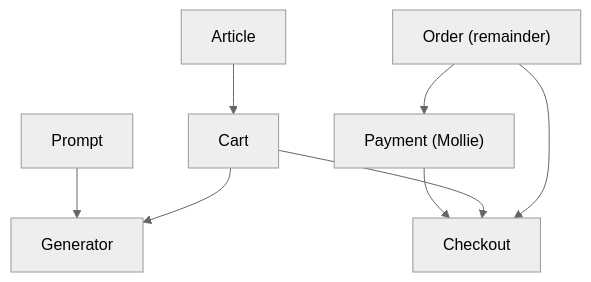
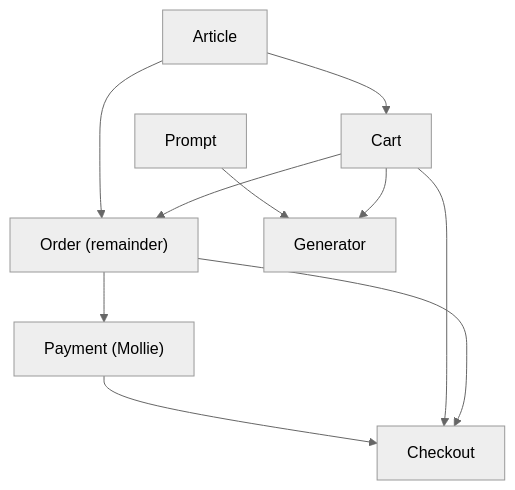
Before and after one commit to bitstorm-tech/voenix-shop-kotlin: the diagram in docs/migration/migration-roadmap.md, drawn with Mermaid (neutral theme). The commit also changed other lines of this file, not shown here.

````diff
--- a/docs/migration/migration-roadmap.md
+++ b/docs/migration/migration-roadmap.md
@@ -51,10 +73,12 @@
 ```mermaid
 graph TD
     Article --> Cart
+    Article --> Order["Order (remainder)"]
+    Cart --> Order
     Prompt --> Generator
     Cart --> Generator
-    Order["Order (remainder)"] --> Payment["Payment (Mollie)"]
+    Order --> Payment["Payment (Mollie)"]
     Payment --> Checkout
     Cart --> Checkout
     Order --> Checkout
 ```
````
